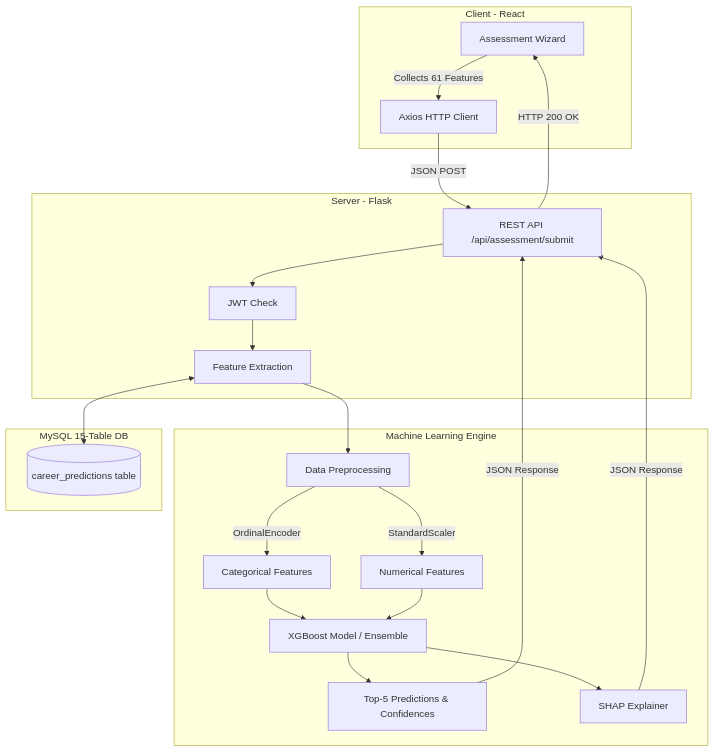
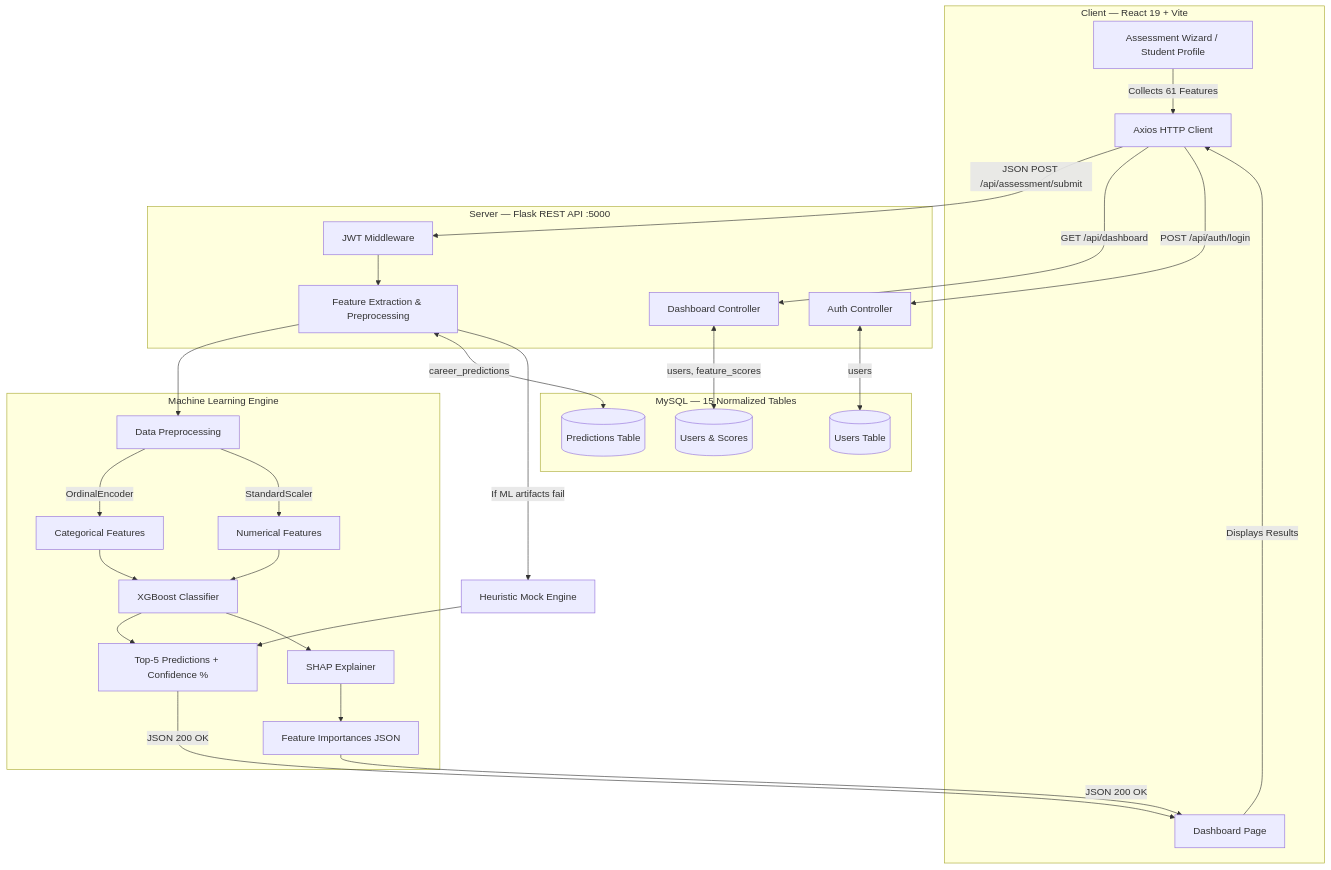
One commit to AMB-007/Personalized-Career-Recommendation-System-Using-Machine-Learning changed the first of 2 diagrams in README.md. Above: the diagram before and after it, drawn with Mermaid. The commit also changed other lines of this file and 3 other files, not shown here.

````diff
--- a/README.md
+++ b/README.md
@@ -42,33 +110,34 @@
 ```mermaid
 graph TD
-    %% Frontend Layer
-    subgraph Frontend [Client - React]
-        UI[Assessment Wizard] --> |Collects 61 Features| APIClient[Axios HTTP Client]
+    subgraph Frontend ["Client — React 19 + Vite"]
+        UI[Assessment Wizard / Student Profile] -->|Collects 61 Features| APIClient[Axios HTTP Client]
+        Dashboard[Dashboard Page] -->|Displays Results| APIClient
     end
 
-    %% Backend Layer
-    subgraph Backend [Server - Flask]
-        APIClient -->|JSON POST| Router[REST API /api/assessment/submit]
-        Router --> Auth[JWT Check]
-        Auth --> Controller[Feature Extraction]
+    subgraph Backend ["Server — Flask REST API :5000"]
+        APIClient -->|JSON POST /api/assessment/submit| Auth[JWT Middleware]
+        Auth --> Controller[Feature Extraction & Preprocessing]
+        APIClient -->|GET /api/dashboard| DashCtrl[Dashboard Controller]
+        APIClient -->|POST /api/auth/login| AuthCtrl[Auth Controller]
     end
 
-    %% ML Pipeline Layer
-    subgraph ML [Machine Learning Engine]
+    subgraph ML ["Machine Learning Engine"]
         Controller --> Preprocessor[Data Preprocessing]
-        Preprocessor --> |OrdinalEncoder| Cat[Categorical Features]
-        Preprocessor --> |StandardScaler| Num[Numerical Features]
-        Cat & Num --> Model[XGBoost Model / Ensemble]
-        Model --> Output[Top-5 Predictions & Confidences]
+        Preprocessor -->|OrdinalEncoder| Cat[Categorical Features]
+        Preprocessor -->|StandardScaler| Num[Numerical Features]
+        Cat & Num --> Model[XGBoost Classifier]
+        Model --> Output["Top-5 Predictions + Confidence %"]
         Model --> SHAP[SHAP Explainer]
+        SHAP --> Explanations[Feature Importances JSON]
     end
 
-    %% Database Layer
-    subgraph Database [MySQL 15-Table DB]
-        Controller <--> DB[(career_predictions table)]
+    subgraph DB ["MySQL — 15 Normalized Tables"]
+        Controller <-->|career_predictions| Pred[(Predictions Table)]
+        DashCtrl <-->|users, feature_scores| Users[(Users & Scores)]
+        AuthCtrl <-->|users| UsersTbl[(Users Table)]
     end
 
-    %% Response
-    Output & SHAP --> |JSON Response| Router
-    Router --> |HTTP 200 OK| UI
+    Controller -->|"If ML artifacts fail"| Fallback[Heuristic Mock Engine]
+    Fallback --> Output
+    Output & Explanations -->|JSON 200 OK| Dashboard
 ```
````
